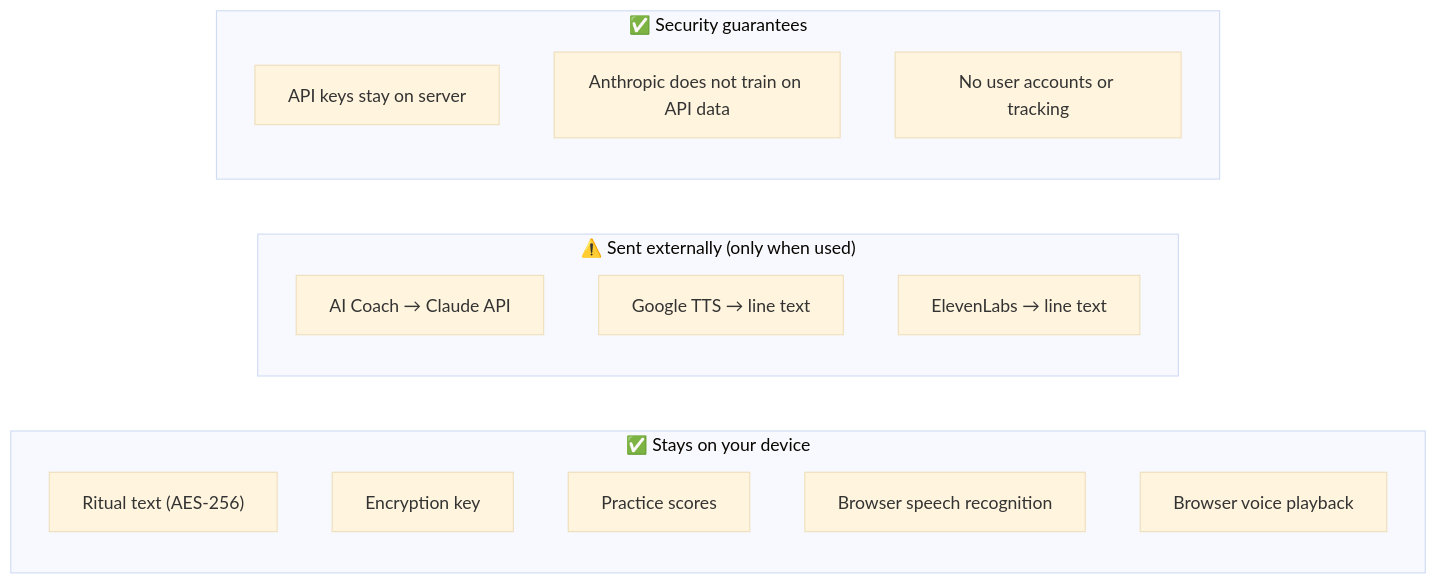
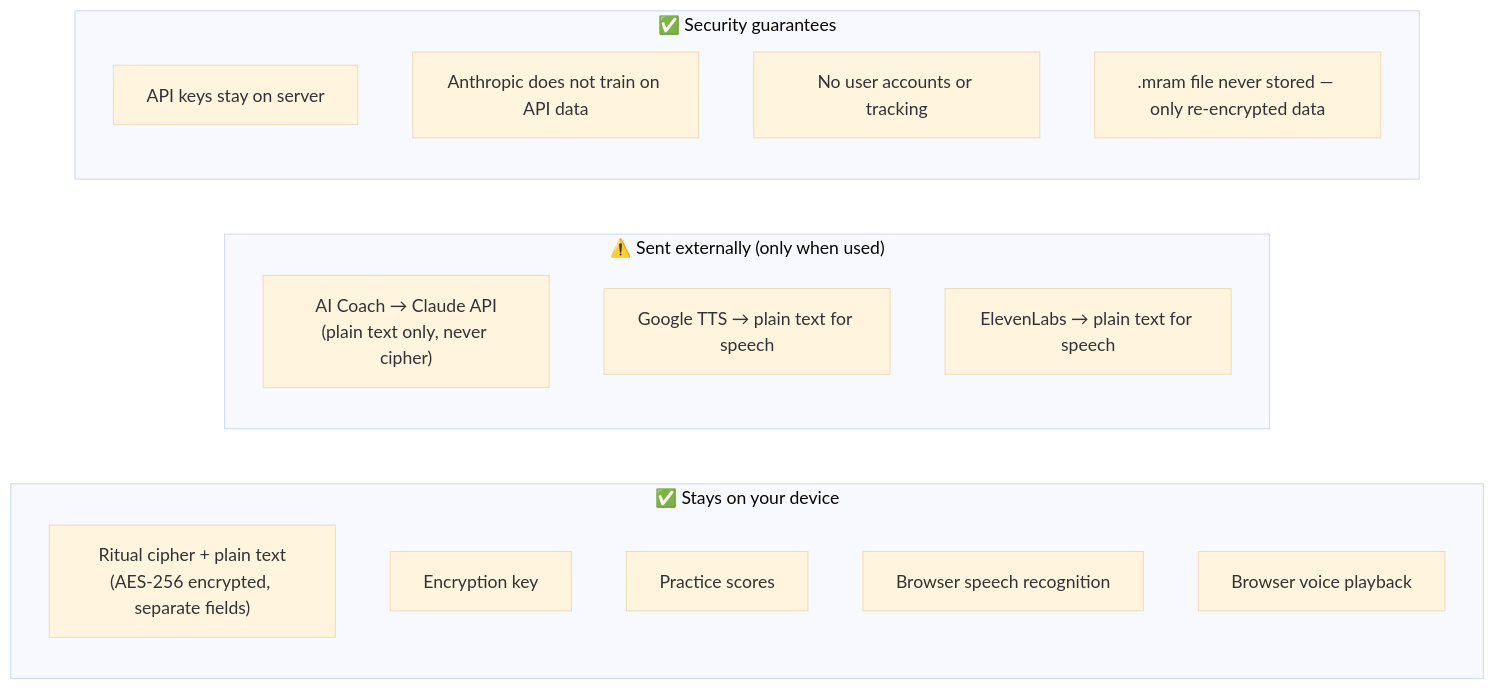
One commit to mcleods777/Masonic-Ritual-AI-Mentor changed the ninth of 9 diagrams in README.md. Above: the diagram before and after it, drawn with Mermaid (base theme). The commit also changed other lines of this file and 4 other files, not shown here.

First line of the commit message:
Update docs for .mram format, fix cipher text display in Listen/Rehearsal modes

````diff
--- a/README.md
+++ b/README.md
@@ -143,22 +198,23 @@
 ```mermaid
 flowchart LR
     subgraph Local["✅ Stays on your device"]
-        A["Ritual text (AES-256)"]
+        A["Ritual cipher + plain text\n(AES-256 encrypted, separate fields)"]
         B["Encryption key"]
         C["Practice scores"]
         D["Browser speech recognition"]
         E["Browser voice playback"]
     end
 
     subgraph Cloud["⚠️ Sent externally (only when used)"]
-        F["AI Coach → Claude API"]
-        G["Google TTS → line text"]
-        H["ElevenLabs → line text"]
+        F["AI Coach → Claude API\n(plain text only, never cipher)"]
+        G["Google TTS → plain text for speech"]
+        H["ElevenLabs → plain text for speech"]
     end
 
     subgraph Safe["✅ Security guarantees"]
         I["API keys stay on server"]
         J["Anthropic does not train on API data"]
         K["No user accounts or tracking"]
+        L[".mram file never stored — only re-encrypted data"]
     end
 ```
````
